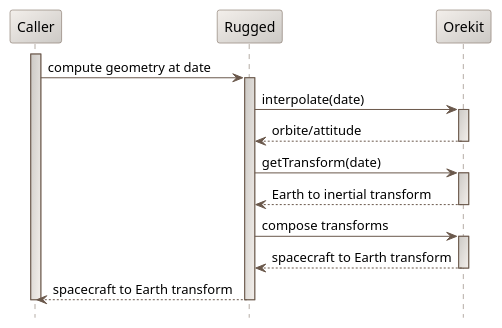
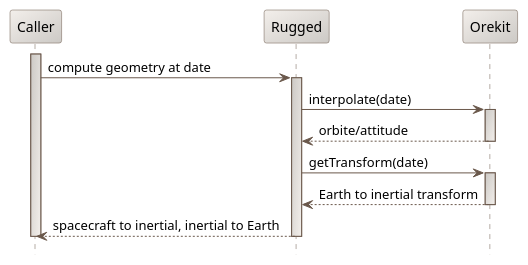
Before and after one commit to CS-SI/Rugged: the diagram in design/geometry-at-date-sequence-diagram.puml, drawn with PlantUML. The commit also changed 5 other files, not shown here.

```diff
--- a/design/geometry-at-date-sequence-diagram.puml
+++ b/design/geometry-at-date-sequence-diagram.puml
@@ -17,41 +17,37 @@
 @startuml
 
   skinparam svek                                true
   skinparam NoteBackgroundColor                 #F3EFEB
   skinparam NoteBorderColor                     #691616
   skinparam NoteFontColor                       #691616
   skinparam SequenceActorBorderColor            #6A584B
   skinparam SequenceParticipantBackgroundColor  #F3EFEB/CCC9C5
   skinparam SequenceParticipantBorderColor      #6A584B
   skinparam SequenceLifeLineBackgroundColor     #CCC9C5/F3EFEB
   skinparam SequenceLifeLineBorderColor         #6A584B
   skinparam SequenceArrowColor                  #6A584B
   skinparam SequenceBorderColor                 #6A584B
   skinparam SequenceFontSize                    11
 
   hide footbox
 
   participant "Caller" as C
   participant "Rugged" as R
   participant "Orekit" as O
 
   activate C
   C -> R : compute geometry at date
     activate R
     R -> O : interpolate(date)
       activate O
       O --> R : orbite/attitude
       deactivate O
     R -> O : getTransform(date)
       activate O
       O --> R : Earth to inertial transform
       deactivate O
-    R -> O : compose transforms
-      activate O
-      O --> R : spacecraft to Earth transform
-      deactivate O
-      R --> C : spacecraft to Earth transform
+    R --> C : spacecraft to inertial, inertial to Earth
     deactivate R
   deactivate C
 
 @enduml
```
